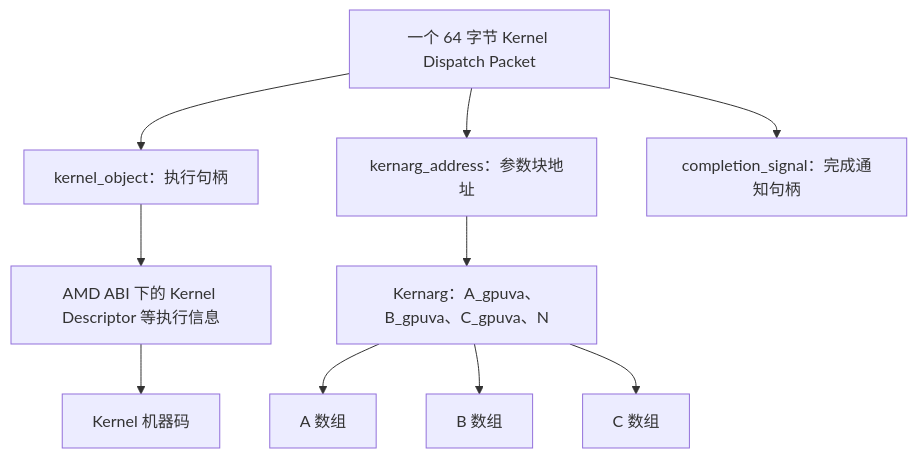
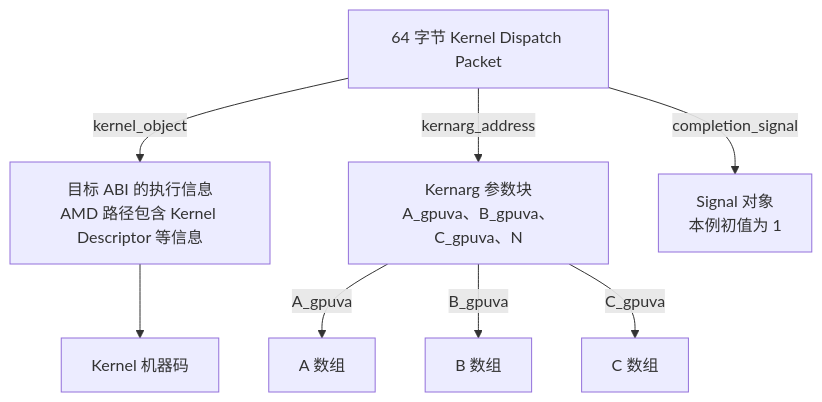
Before and after one commit to hxfei-git/gpu-study: the fifth of 14 diagrams in 03_AMD GPU 队列与 AQL Dispatch.md, drawn with Mermaid. The commit also changed other lines of this file and 5 other files, not shown here.

````diff
--- a/03_AMD GPU 队列与 AQL Dispatch.md
+++ b/03_AMD GPU 队列与 AQL Dispatch.md
@@ -2573,13 +3321,11 @@
 ```mermaid
 flowchart TD
-    P["一个 64 字节 Kernel Dispatch Packet"]
-    P --> KO["kernel_object：执行句柄"]
-    KO --> KD["AMD ABI 下的 Kernel Descriptor 等执行信息"]
+    P["64 字节 Kernel Dispatch Packet"]
+    P -->|kernel_object| KD["目标 ABI 的执行信息<br/>AMD 路径包含 Kernel Descriptor 等信息"]
     KD --> CODE["Kernel 机器码"]
-    P --> KA["kernarg_address：参数块地址"]
-    KA --> ARGS["Kernarg：A_gpuva、B_gpuva、C_gpuva、N"]
-    ARGS --> A["A 数组"]
-    ARGS --> B["B 数组"]
-    ARGS --> C["C 数组"]
-    P --> S["completion_signal：完成通知句柄"]
+    P -->|kernarg_address| ARGS["Kernarg 参数块<br/>A_gpuva、B_gpuva、C_gpuva、N"]
+    ARGS -->|A_gpuva| A["A 数组"]
+    ARGS -->|B_gpuva| B["B 数组"]
+    ARGS -->|C_gpuva| C["C 数组"]
+    P -->|completion_signal| S["Signal 对象<br/>本例初值为 1"]
 ```
````
